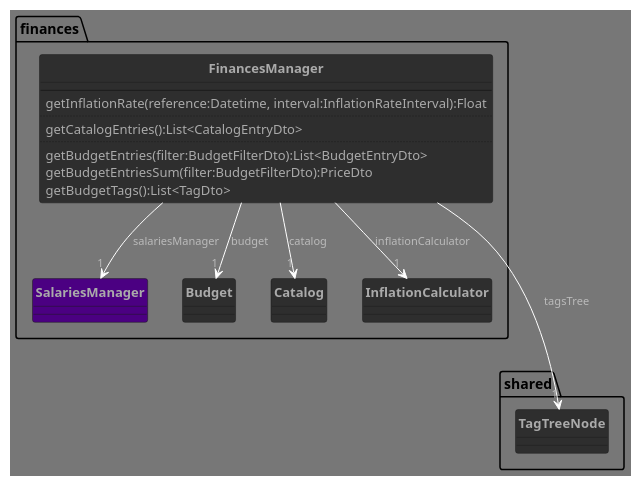
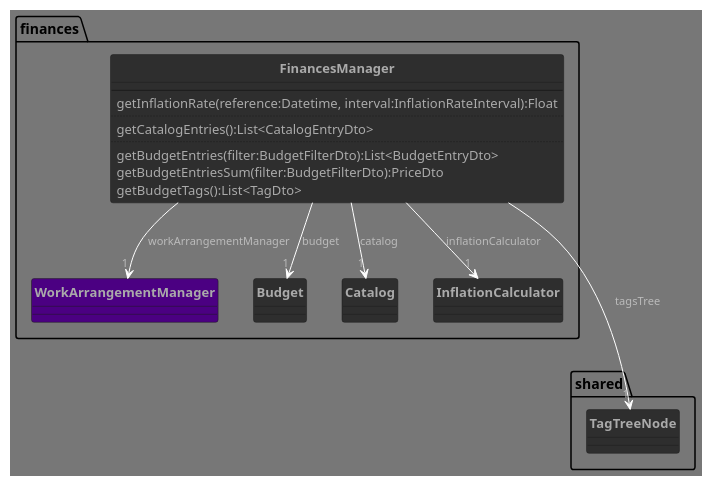
Before and after one commit to nachograffione/life-admin: the first of 5 diagrams in dev/finances.md, drawn with PlantUML. The commit also changed other lines of this file and 1 other file, not shown here.

Commit message:
Add WorkArrangementManager needed classes to diagram

````diff
--- a/dev/finances.md
+++ b/dev/finances.md
@@ -11,56 +11,56 @@
 ```plantuml
 @startuml lifeAdminModel
 !theme reddress-darkblue
 skinparam classAttributeIconSize 0
 hide circle
 <style>
   classDiagram {
     fontname "Arial"
     header {
       fontstyle bold
       fontsize 15
     }
     class {
       fontsize 13
     }
     note {
       fontsize 13
       backgroundColor grey
     }
   }
 </style>
 
 package finances {}
 package shared {}
 
 class shared.TagTreeNode
 
 class finances.FinancesManager {
   --
   getInflationRate(reference:Datetime, interval:InflationRateInterval):Float
   ..
   getCatalogEntries():List<CatalogEntryDto>
   ..
   getBudgetEntries(filter:BudgetFilterDto):List<BudgetEntryDto>
   getBudgetEntriesSum(filter:BudgetFilterDto):PriceDto
   ' TODO: check return type
   getBudgetTags():List<TagDto>
 }
 
-class finances.SalariesManager #Indigo
+class finances.WorkArrangementManager #Indigo
 
 class finances.Budget 
 
 class finances.Catalog
 
 class finances.InflationCalculator
 
 ' TODO: check if tagsTree should be owned by Budget
 finances.FinancesManager ---> "1" shared.TagTreeNode : tagsTree
-finances.FinancesManager -d-> "1" finances.SalariesManager : salariesManager
+finances.FinancesManager -d-> "1" finances.WorkArrangementManager : workArrangementManager
 finances.FinancesManager -d-> "1" finances.Budget : budget
 finances.FinancesManager -d-> "1" finances.Catalog : catalog
 finances.FinancesManager -d-> "1" finances.InflationCalculator : inflationCalculator
 
 @enduml
 ```
````
